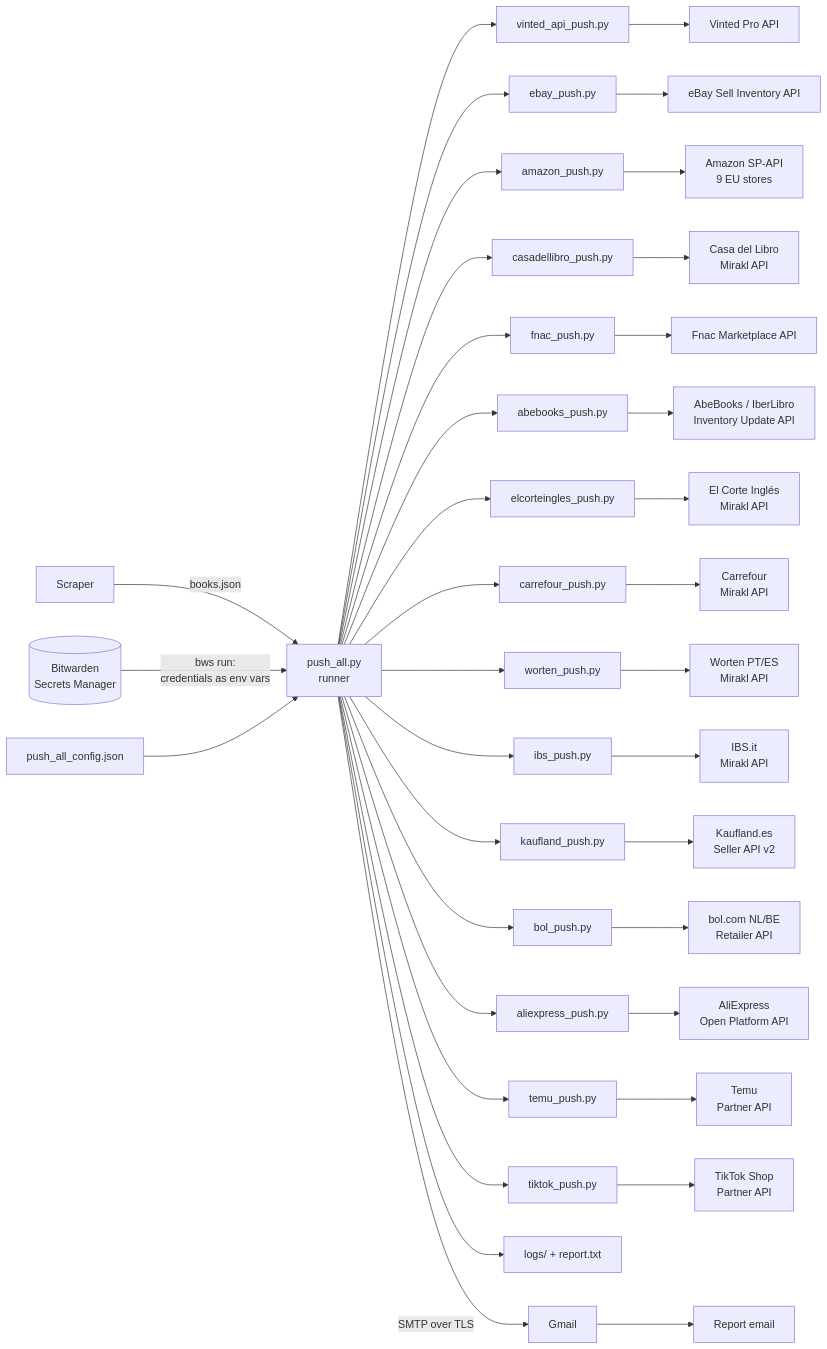
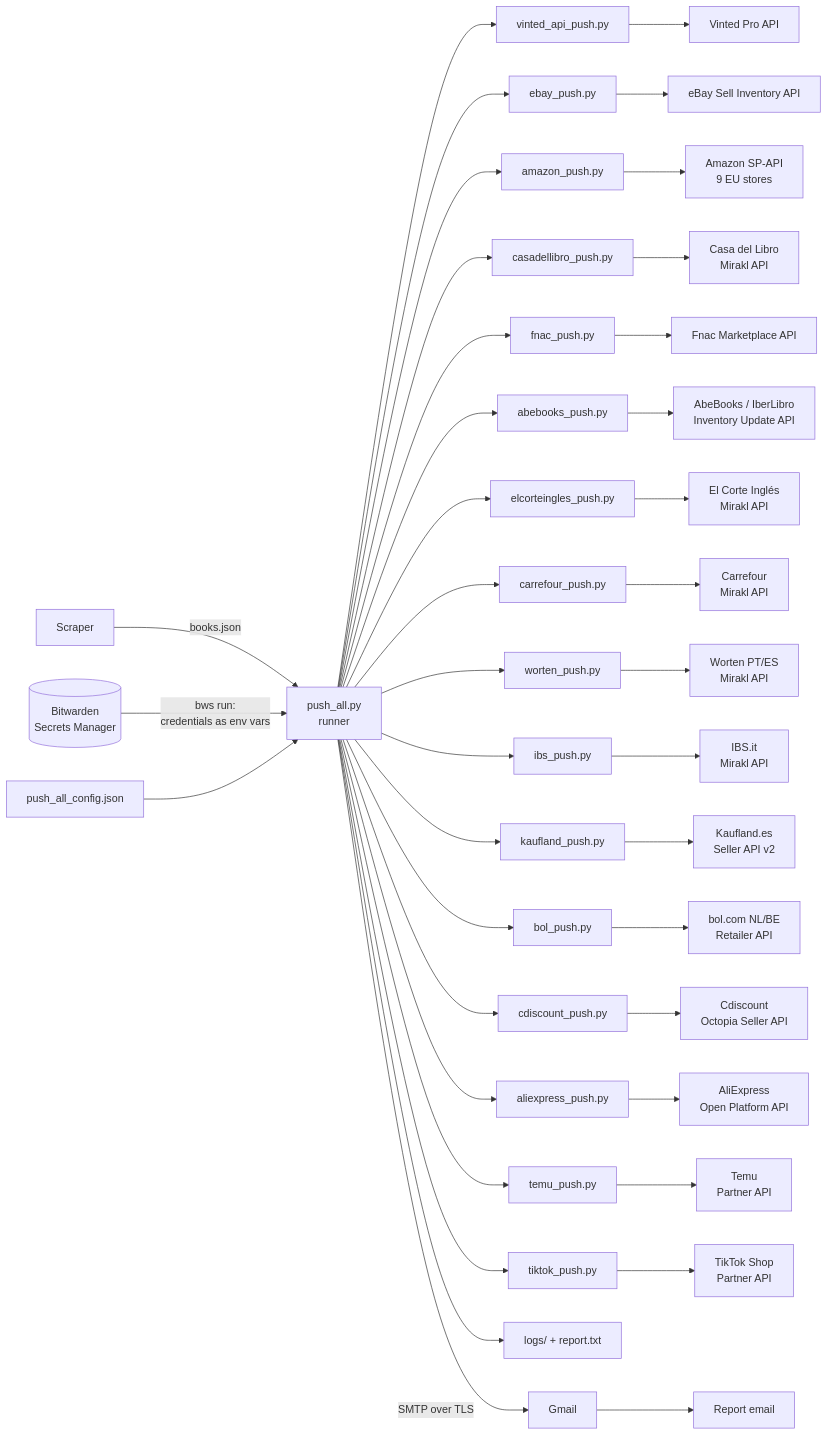
One commit to DavisGalla/products-api-push changed the diagram in docs/architecture.md. Above: the diagram before and after it, drawn with Mermaid. The commit also changed other lines of this file and 13 other files, not shown here.

Commit message:
Add Cdiscount pusher (Octopia Seller API, offer packages); include it in push_all, docs, architecture and capabilities PDFs

````diff
--- a/docs/architecture.md
+++ b/docs/architecture.md
@@ -29,23 +29,24 @@
 ```mermaid
 flowchart LR
     S[Scraper] -->|books.json| R
     BW[(Bitwarden<br>Secrets Manager)] -->|bws run:<br>credentials as env vars| R
     C[push_all_config.json] --> R
     R[push_all.py<br>runner] --> V[vinted_api_push.py] --> VA[Vinted Pro API]
     R --> E[ebay_push.py] --> EA[eBay Sell Inventory API]
     R --> A[amazon_push.py] --> AA[Amazon SP-API<br>9 EU stores]
     R --> CL[casadellibro_push.py] --> CLA[Casa del Libro<br>Mirakl API]
     R --> F[fnac_push.py] --> FA[Fnac Marketplace API]
     R --> AB[abebooks_push.py] --> ABA[AbeBooks / IberLibro<br>Inventory Update API]
     R --> EC[elcorteingles_push.py] --> ECA[El Corte Inglés<br>Mirakl API]
     R --> CF[carrefour_push.py] --> CFA[Carrefour<br>Mirakl API]
     R --> W[worten_push.py] --> WA[Worten PT/ES<br>Mirakl API]
     R --> IB[ibs_push.py] --> IBA[IBS.it<br>Mirakl API]
     R --> K[kaufland_push.py] --> KA[Kaufland.es<br>Seller API v2]
     R --> BO[bol_push.py] --> BOA[bol.com NL/BE<br>Retailer API]
+    R --> CD[cdiscount_push.py] --> CDA[Cdiscount<br>Octopia Seller API]
     R --> AE[aliexpress_push.py] --> AEA[AliExpress<br>Open Platform API]
     R --> TM[temu_push.py] --> TMA[Temu<br>Partner API]
     R --> TT[tiktok_push.py] --> TTA[TikTok Shop<br>Partner API]
     R --> L[logs/ + report.txt]
     R -->|SMTP over TLS| G[Gmail] --> M[Report email]
 ```
````
